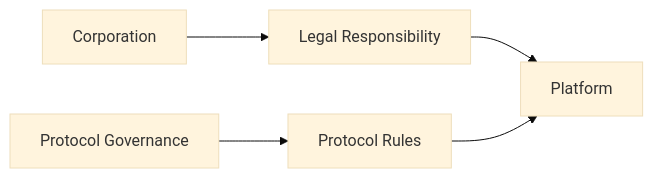
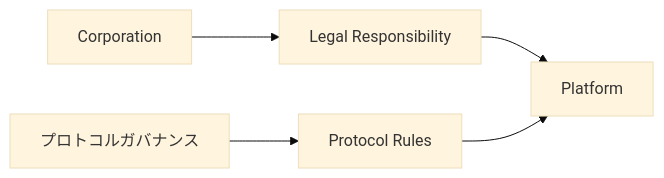
One commit to ShigeichiroYamasaki/creator-first-platform changed diagram 13 of 17 in docs/whitepaper/01-vision.md. Above: the diagram before and after it, drawn with Mermaid (base theme). The commit also changed other lines of this file and 67 other files, not shown here.

````diff
--- a/docs/whitepaper/01-vision.md
+++ b/docs/whitepaper/01-vision.md
@@ -360,12 +360,12 @@
 ```mermaid
 flowchart LR
     CORP[Corporation]
     LEGAL[Legal Responsibility]
-    PROTOCOL[Protocol Governance]
+    PROTOCOL[プロトコルガバナンス]
 
     CORP --> LEGAL
     PROTOCOL --> RULES[Protocol Rules]
 
     LEGAL --> PLATFORM[Platform]
     RULES --> PLATFORM
 ```
````
